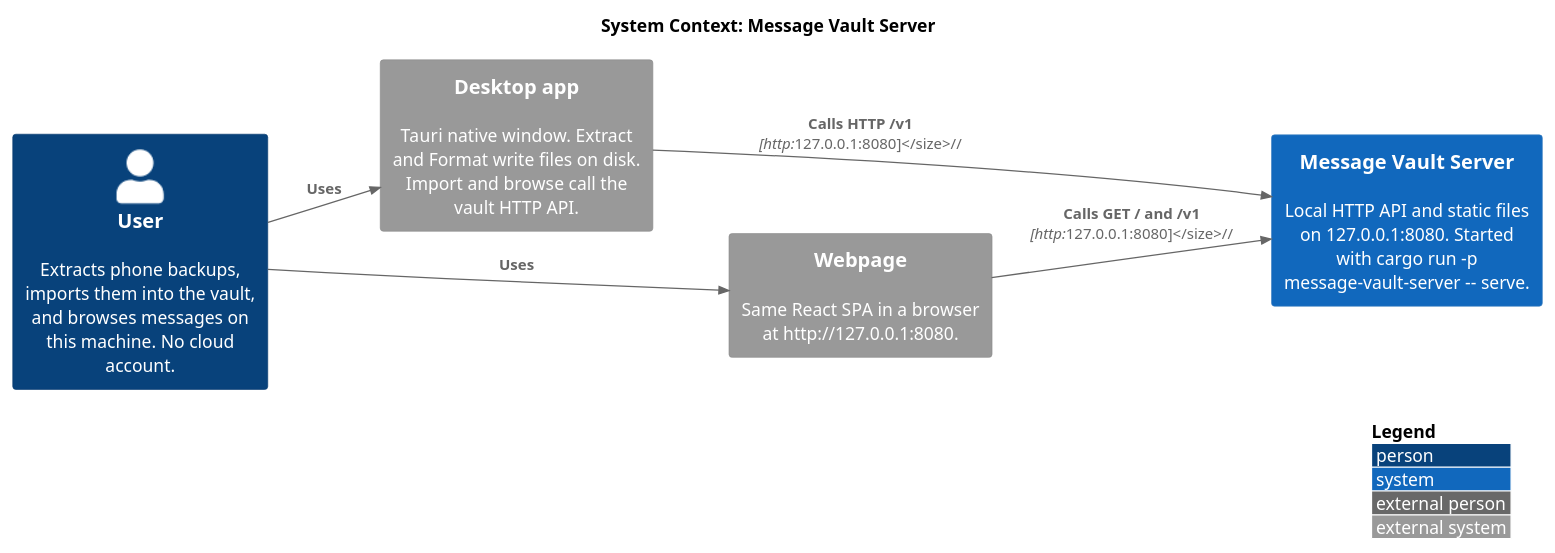
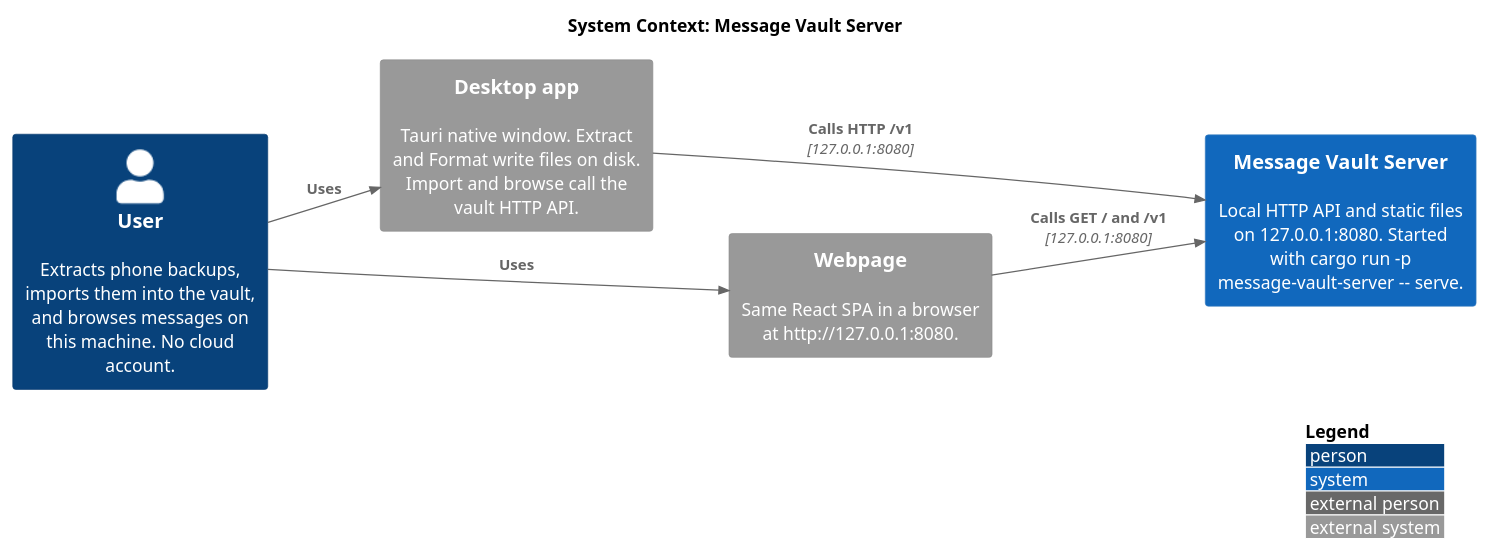
The diagram in docs/maintainers/architecture/puml/vault_system_diagram.puml (bitrealm-dev/message-vault), drawn with PlantUML before and after one commit. The commit also changed 1 other file, not shown here.

Commit message:
docs(c4): avoid http:// breaking C4 Rel tech italics
PlantUML treats :// inside C4 italic markup as a close tag, which
garbled the server edge labels. Keep the host:port as the tech
annotation; the full URL stays in element descriptions.

```diff
--- a/docs/maintainers/architecture/puml/vault_system_diagram.puml
+++ b/docs/maintainers/architecture/puml/vault_system_diagram.puml
@@ -1,22 +1,22 @@
 @startuml
 !include https://raw.githubusercontent.com/plantuml-stdlib/C4-PlantUML/master/C4_Context.puml
 
 LAYOUT_LANDSCAPE()
 left to right direction
 LAYOUT_WITH_LEGEND()
 
 title System Context: Message Vault Server
 
 Person(user, "User", "Extracts phone backups, imports them into the vault, and browses messages on this machine. No cloud account.")
 
 System_Ext(desktop, "Desktop app", "Tauri native window. Extract and Format write files on disk. Import and browse call the vault HTTP API.")
 System_Ext(webpage, "Webpage", "Same React SPA in a browser at http://127.0.0.1:8080.")
 System(server, "Message Vault Server", "Local HTTP API and static files on 127.0.0.1:8080. Started with cargo run -p message-vault-server -- serve.")
 
 Rel_R(user, desktop, "Uses")
 Rel_R(user, webpage, "Uses")
-Rel_R(desktop, server, "Calls HTTP /v1", "http://127.0.0.1:8080")
-Rel_R(webpage, server, "Calls GET / and /v1", "http://127.0.0.1:8080")
+Rel_R(desktop, server, "Calls HTTP /v1", "127.0.0.1:8080")
+Rel_R(webpage, server, "Calls GET / and /v1", "127.0.0.1:8080")
 Lay_D(desktop, webpage)
 
 @enduml
```
